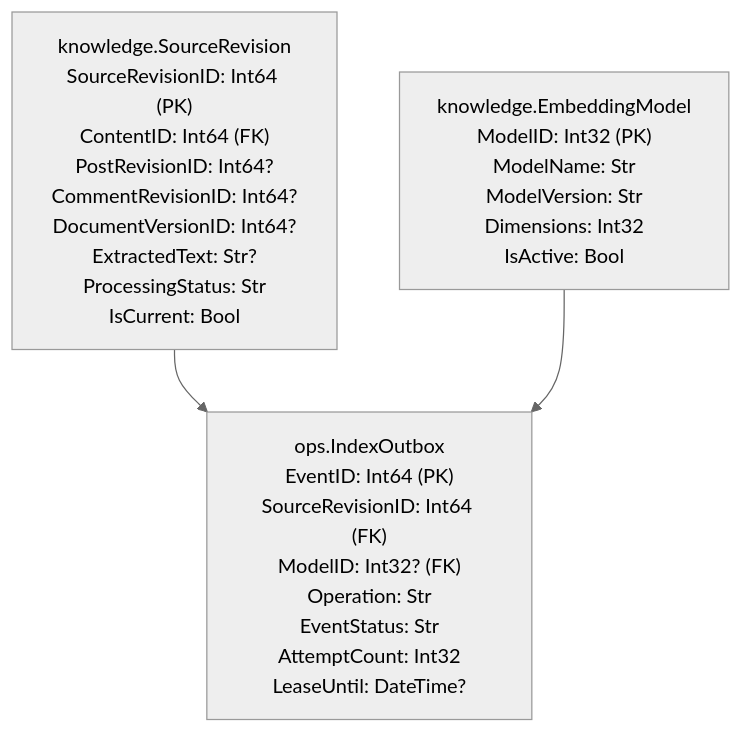
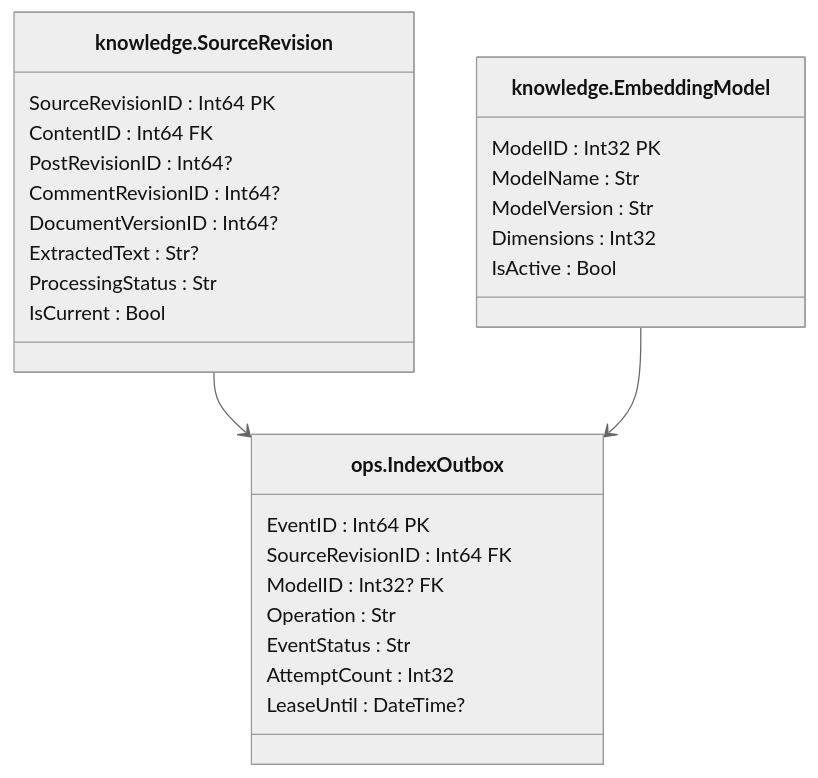
Before and after one commit to lkeey/BIVT-labs: diagram 14 of 15 in 03SQL-CourseWork/architecture/database-model.md, drawn with Mermaid (neutral theme). The commit also changed other lines of this file, not shown here.

Commit message:
docs: center database table titles in diagrams

```diff
--- a/03SQL-CourseWork/architecture/database-model.md
+++ b/03SQL-CourseWork/architecture/database-model.md
@@ -192,8 +569,32 @@
 ~~~mermaid
-flowchart TB
-    S["knowledge.SourceRevision<br/>SourceRevisionID: Int64 (PK)<br/>ContentID: Int64 (FK)<br/>PostRevisionID: Int64?<br/>CommentRevisionID: Int64?<br/>DocumentVersionID: Int64?<br/>ExtractedText: Str?<br/>ProcessingStatus: Str<br/>IsCurrent: Bool"]
-    M["knowledge.EmbeddingModel<br/>ModelID: Int32 (PK)<br/>ModelName: Str<br/>ModelVersion: Str<br/>Dimensions: Int32<br/>IsActive: Bool"]
-    O["ops.IndexOutbox<br/>EventID: Int64 (PK)<br/>SourceRevisionID: Int64 (FK)<br/>ModelID: Int32? (FK)<br/>Operation: Str<br/>EventStatus: Str<br/>AttemptCount: Int32<br/>LeaseUntil: DateTime?"]
+classDiagram
+    direction TB
+    class S["knowledge.SourceRevision"] {
+        SourceRevisionID : Int64 PK
+        ContentID : Int64 FK
+        PostRevisionID : Int64?
+        CommentRevisionID : Int64?
+        DocumentVersionID : Int64?
+        ExtractedText : Str?
+        ProcessingStatus : Str
+        IsCurrent : Bool
+    }
+    class M["knowledge.EmbeddingModel"] {
+        ModelID : Int32 PK
+        ModelName : Str
+        ModelVersion : Str
+        Dimensions : Int32
+        IsActive : Bool
+    }
+    class O["ops.IndexOutbox"] {
+        EventID : Int64 PK
+        SourceRevisionID : Int64 FK
+        ModelID : Int32? FK
+        Operation : Str
+        EventStatus : Str
+        AttemptCount : Int32
+        LeaseUntil : DateTime?
+    }
     S --> O
     M --> O
 ~~~
```
